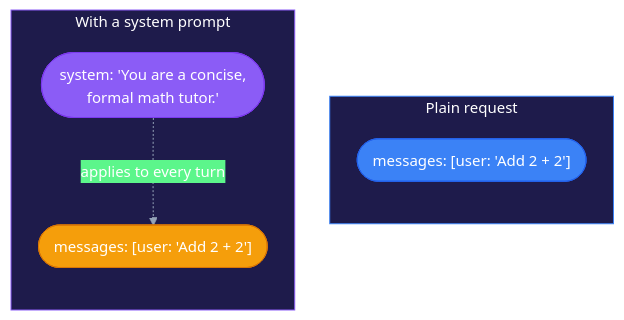
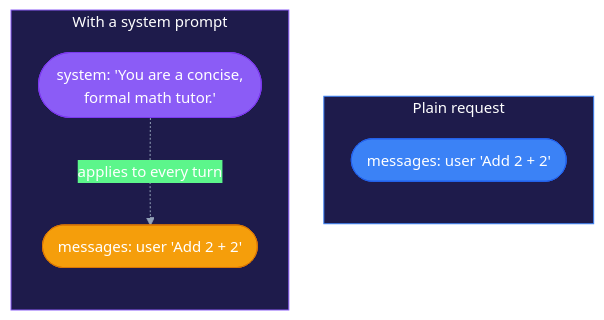
One commit to manthan-joshi-ai/claude-llm changed the first of 2 diagrams in _02_building_with_claude_api/03_system_prompts.md. Above: the diagram before and after it, drawn with Mermaid. The commit also changed other lines of this file and 1 other file, not shown here.

First line of the commit message:
Fix two GitHub Mermaid rendering issues: keycap emoji, bracket-in-label

````diff
--- a/_02_building_with_claude_api/03_system_prompts.md
+++ b/_02_building_with_claude_api/03_system_prompts.md
@@ -25,23 +25,23 @@
 ```mermaid
 %%{init: {"theme": "base", "themeVariables": {"primaryColor": "#8B5CF6", "primaryTextColor": "#ffffff", "primaryBorderColor": "#7C3AED", "lineColor": "#94A3B8", "fontFamily": "Segoe UI, sans-serif", "fontSize": "15px"}, "flowchart": {"htmlLabels": true, "padding": 20, "nodeSpacing": 35, "rankSpacing": 60}}}%%
 flowchart TB
     subgraph Plain["Plain request"]
         direction TB
-        P1(["messages: [user: 'Add 2 + 2']"])
+        P1(["messages: user 'Add 2 + 2'"])
     end
     subgraph Shaped["With a system prompt"]
         direction TB
         S1(["system: 'You are a concise,<br/>formal math tutor.'"])
-        S2(["messages: [user: 'Add 2 + 2']"])
+        S2(["messages: user 'Add 2 + 2'"])
         S1 -.applies to every turn.-> S2
     end
 
     classDef plain fill:#3B82F6,stroke:#2563EB,color:#ffffff
     classDef sys fill:#8B5CF6,stroke:#7C3AED,color:#ffffff
     classDef msg fill:#F59E0B,stroke:#D97706,color:#ffffff
     class P1 plain
     class S1 sys
     class S2 msg
     style Plain fill:#1E1B4B,stroke:#3B82F6,color:#ffffff
     style Shaped fill:#1E1B4B,stroke:#8B5CF6,color:#ffffff
 ```
````
